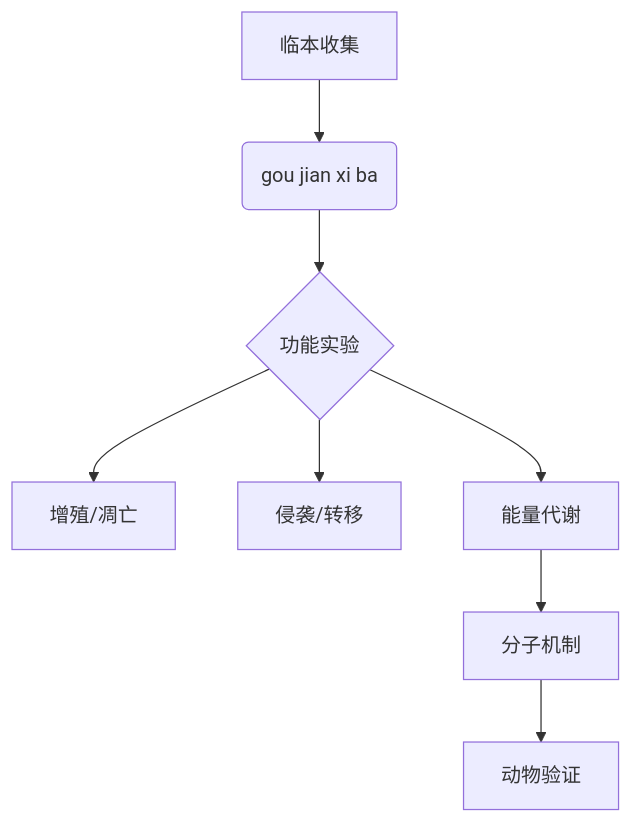
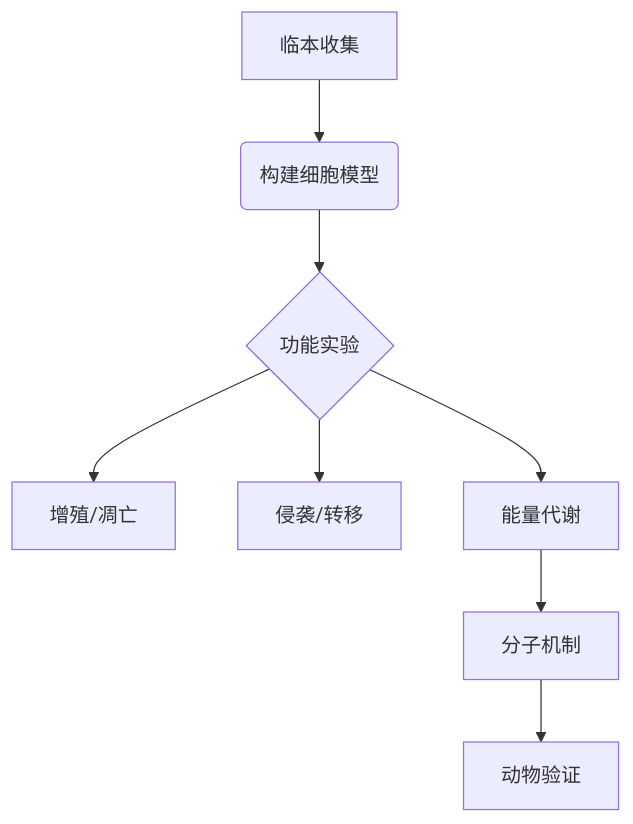
Before and after one commit to luoshui-binghua/iodraw-files: the diagram in all/未命名.md, drawn with Mermaid.

Commit message:
2025-06-20 11:12:58 update

````diff
--- a/all/未命名.md
+++ b/all/未命名.md
@@ -1,11 +1,11 @@
 ```mermaid
 graph TD
-A[临本收集] --> B(gou jian xi ba)
+A[临本收集] --> B(构建细胞模型)
 B --> C{功能实验}
 C --> D[增殖/凋亡]
 C --> E[侵袭/转移]
 C --> F[能量代谢]
 F --> G[分子机制]
 G --> H[动物验证]
 
 ```
````
